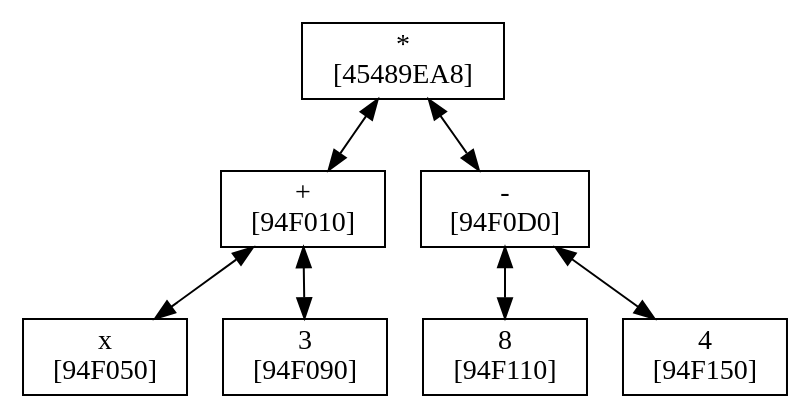
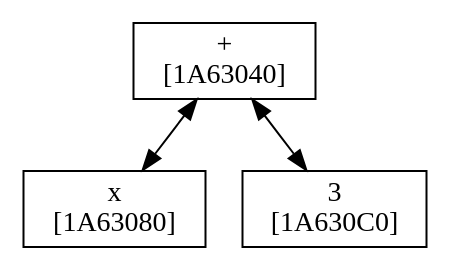
One commit to isgerasin/1sem changed the diagram in Differ/Debug/graph_tree1.gv. Above: the diagram before and after it, drawn with Graphviz. The commit also changed 35 other files, not shown here.

```diff
--- a/Differ/Debug/graph_tree1.gv
+++ b/Differ/Debug/graph_tree1.gv
@@ -1,22 +1,10 @@
 digraph Tree
 {
 	node[shape = polygon]; edge[dir=both];
-	"*
-[45489EA8]"->"+
-[94F010]"
 	"+
-[94F010]"->"x
-[94F050]"
+[1A63040]"->"x
+[1A63080]"
 	"+
-[94F010]"->"3
-[94F090]"
-	"*
-[45489EA8]"->"-
-[94F0D0]"
-	"-
-[94F0D0]"->"8
-[94F110]"
-	"-
-[94F0D0]"->"4
-[94F150]"
+[1A63040]"->"3
+[1A630C0]"
 }
```
